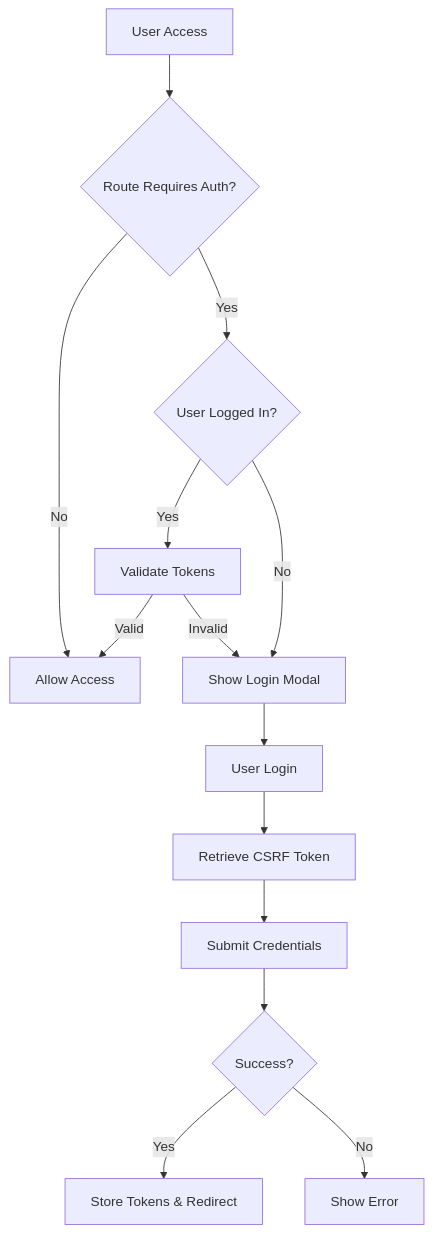
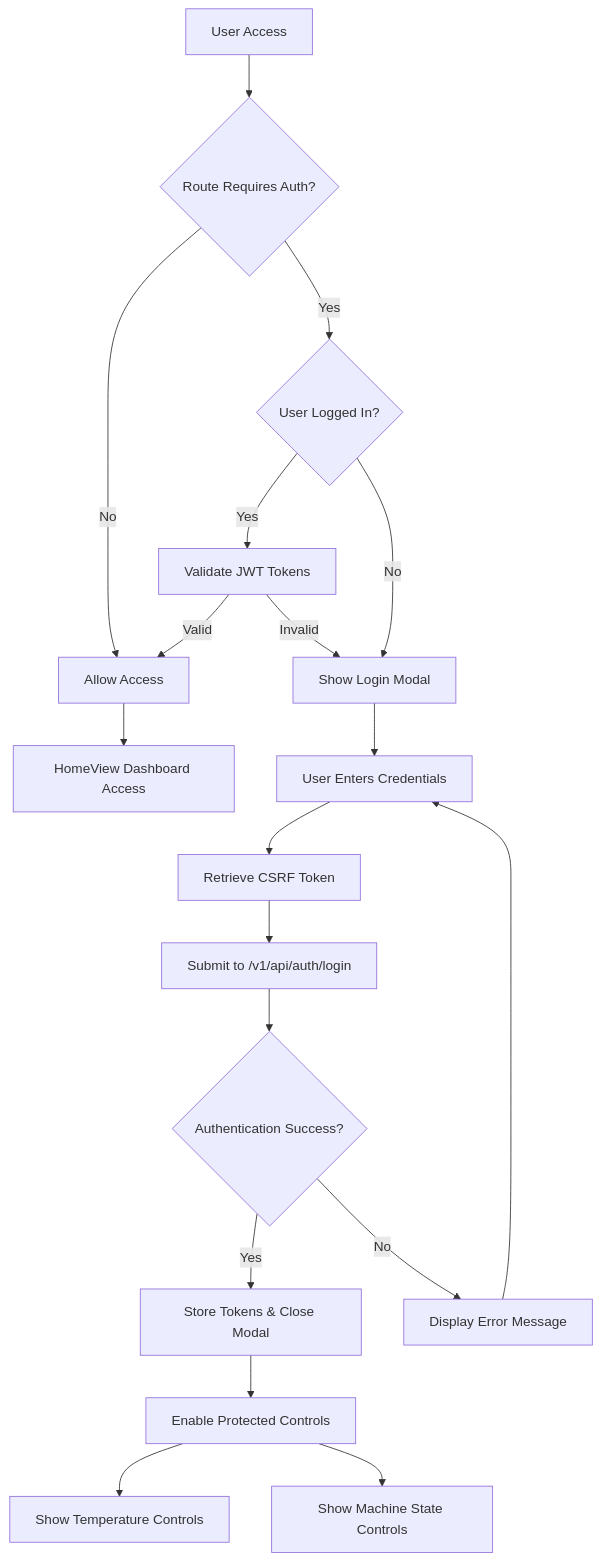
One commit to CSchotborgh/ecx-web-ui-main-september changed the second of 10 diagrams in README.md. Above: the diagram before and after it, drawn with Mermaid. The commit also changed other lines of this file, not shown here.

First line of the commit message:
Assistant checkpoint: Added comprehensive UI/UX flow diagrams to README

````diff
--- a/README.md
+++ b/README.md
@@ -97,16 +107,21 @@
 ```mermaid
 graph TD
     A[User Access] --> B{Route Requires Auth?}
     B -->|No| C[Allow Access]
     B -->|Yes| D{User Logged In?}
-    D -->|Yes| E[Validate Tokens]
+    D -->|Yes| E[Validate JWT Tokens]
     D -->|No| F[Show Login Modal]
     E -->|Valid| C
     E -->|Invalid| F
-    F --> G[User Login]
+    F --> G[User Enters Credentials]
     G --> H[Retrieve CSRF Token]
-    H --> I[Submit Credentials]
-    I --> J{Success?}
-    J -->|Yes| K[Store Tokens & Redirect]
-    J -->|No| L[Show Error]
+    H --> I[Submit to /v1/api/auth/login]
+    I --> J{Authentication Success?}
+    J -->|Yes| K[Store Tokens & Close Modal]
+    J -->|No| L[Display Error Message]
+    L --> G
+    K --> M[Enable Protected Controls]
+    M --> N[Show Temperature Controls]
+    M --> O[Show Machine State Controls]
+    C --> P[HomeView Dashboard Access]
 ```
````
